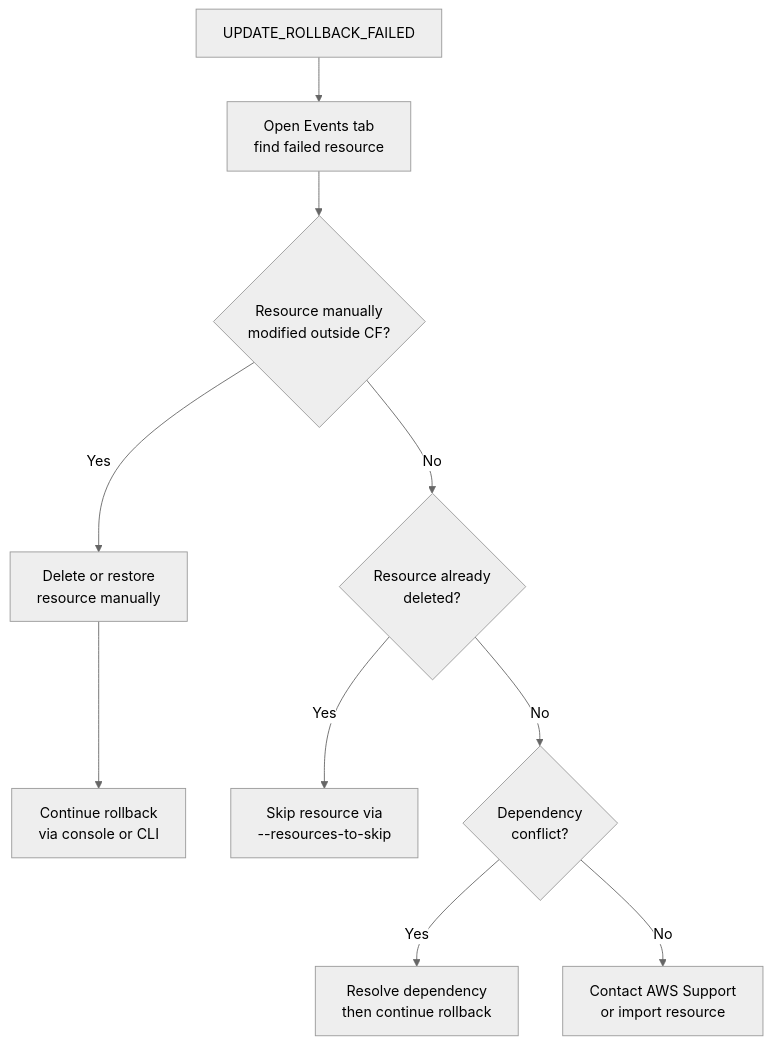
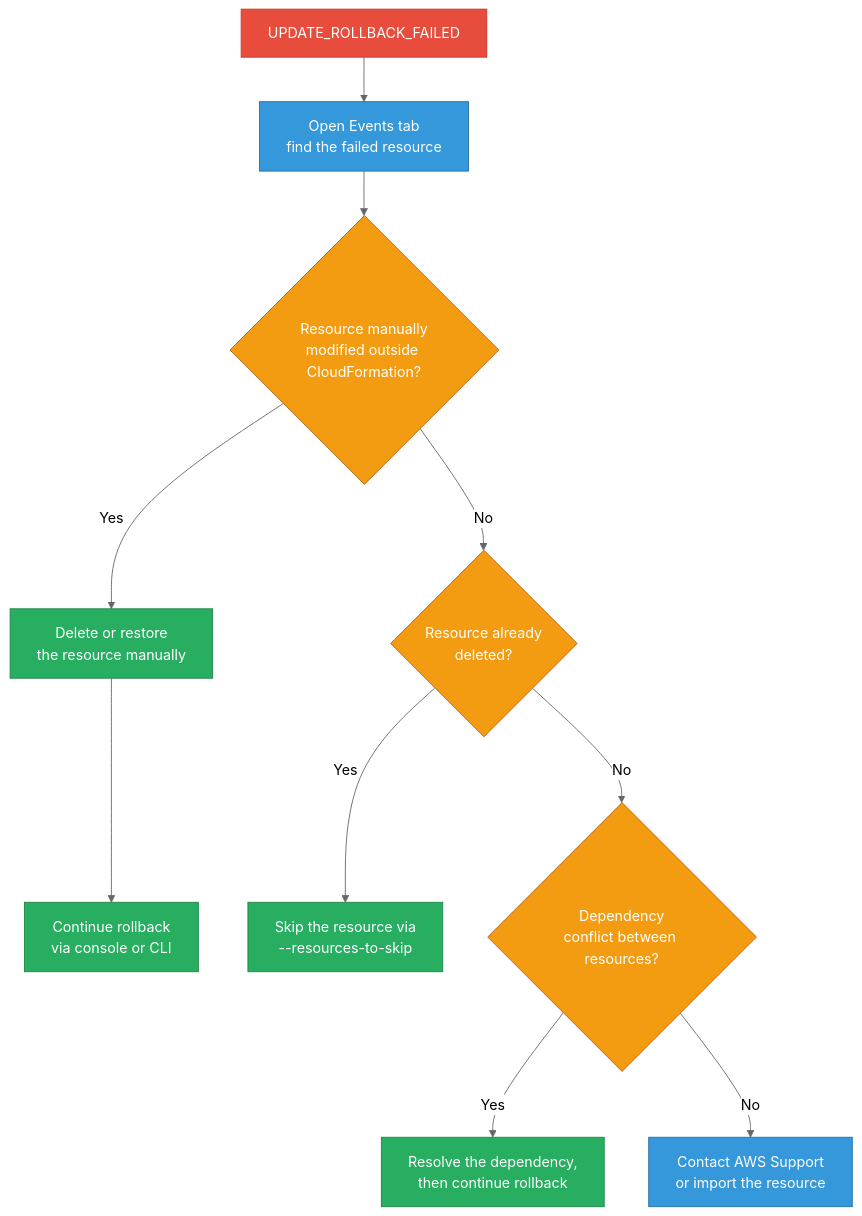
One commit to deepanshu-rawat6/DevOpsIndex changed the seventh of 10 diagrams in sre/aws-scenarios.md. Above: the diagram before and after it, drawn with Mermaid (neutral theme). The commit also changed other lines of this file and 10 other files, not shown here.

````diff
--- a/sre/aws-scenarios.md
+++ b/sre/aws-scenarios.md
@@ -308,12 +521,17 @@
 ```mermaid
 flowchart TD
-    A[UPDATE_ROLLBACK_FAILED] --> B[Open Events tab<br/>find failed resource]
-    B --> C{Resource manually<br/>modified outside CF?}
-    C -- Yes --> D[Delete or restore<br/>resource manually]
-    D --> E[Continue rollback<br/>via console or CLI]
-    C -- No --> F{Resource already<br/>deleted?}
-    F -- Yes --> G[Skip resource via<br/>--resources-to-skip]
-    F -- No --> H{Dependency<br/>conflict?}
-    H -- Yes --> H1[Resolve dependency<br/>then continue rollback]
-    H -- No --> I[Contact AWS Support<br/>or import resource]
+    classDef err fill:#e74c3c,stroke:#c0392b,color:#fff
+    classDef decision fill:#f39c12,stroke:#ba6018,color:#fff
+    classDef fix fill:#27ae60,stroke:#1e8449,color:#fff
+    classDef verify fill:#3498db,stroke:#2471a3,color:#fff
+
+    A[UPDATE_ROLLBACK_FAILED]:::err --> B[Open Events tab<br/>find the failed resource]:::verify
+    B --> C{Resource manually<br/>modified outside CloudFormation?}:::decision
+    C -- Yes --> D[Delete or restore<br/>the resource manually]:::fix
+    D --> E[Continue rollback<br/>via console or CLI]:::fix
+    C -- No --> F{Resource already<br/>deleted?}:::decision
+    F -- Yes --> G[Skip the resource via<br/>--resources-to-skip]:::fix
+    F -- No --> H{Dependency<br/>conflict between resources?}:::decision
+    H -- Yes --> H1[Resolve the dependency,<br/>then continue rollback]:::fix
+    H -- No --> I[Contact AWS Support<br/>or import the resource]:::verify
 ```
````
